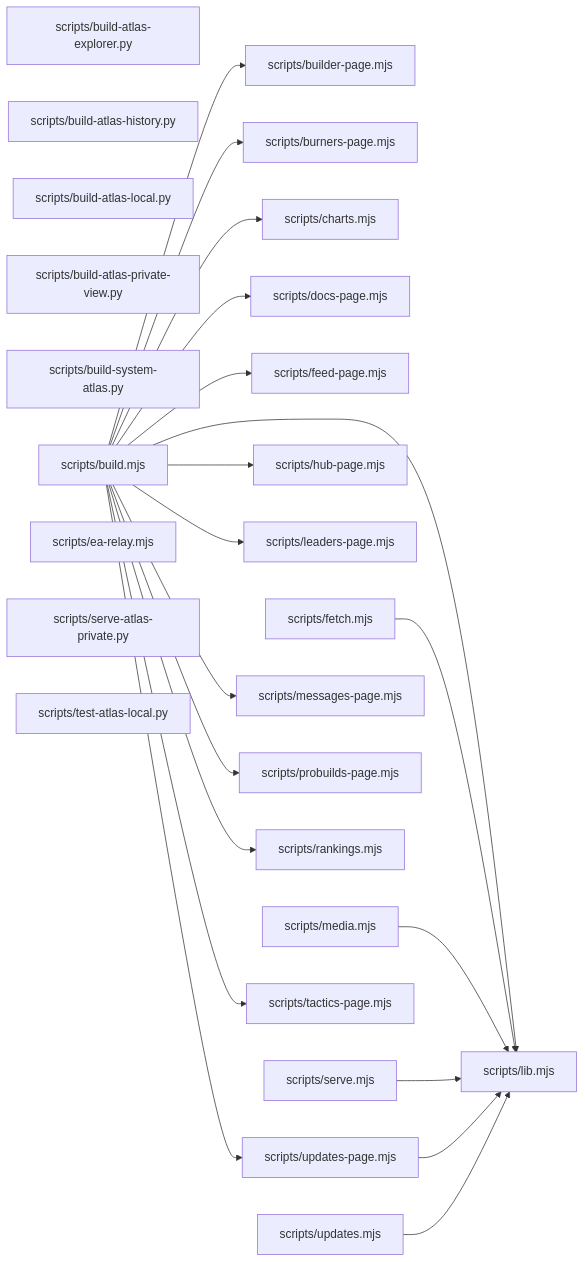
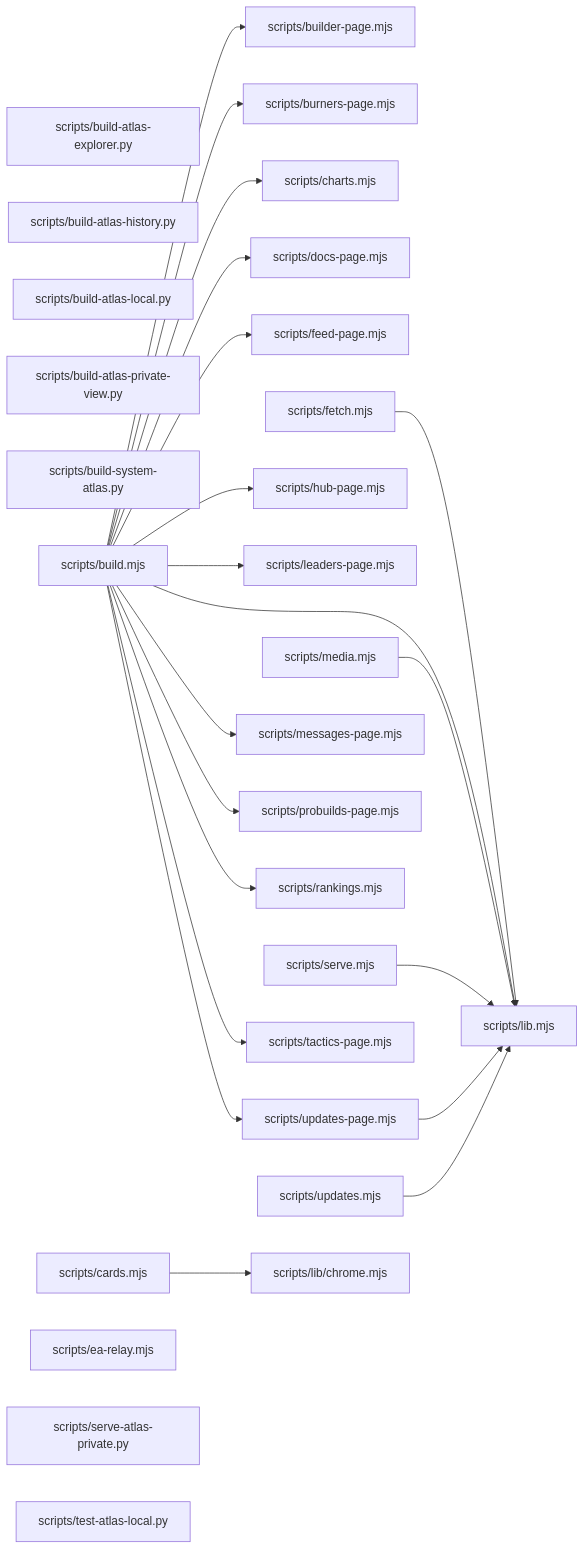
One commit to devroadtosucces15-boop/Norex-United-FC changed the diagram in PLANNING/system-atlas/layer-scripts.md. Above: the diagram before and after it, drawn with Mermaid. The commit also changed 7 other files, not shown here.

````diff
--- a/PLANNING/system-atlas/layer-scripts.md
+++ b/PLANNING/system-atlas/layer-scripts.md
@@ -5,47 +5,50 @@
 ```mermaid
 flowchart LR
   n0["scripts/build-atlas-explorer.py"]
   n1["scripts/build-atlas-history.py"]
   n2["scripts/build-atlas-local.py"]
   n3["scripts/build-atlas-private-view.py"]
   n4["scripts/build-system-atlas.py"]
   n5["scripts/build.mjs"]
   n6["scripts/builder-page.mjs"]
   n7["scripts/burners-page.mjs"]
-  n8["scripts/charts.mjs"]
-  n9["scripts/docs-page.mjs"]
-  n10["scripts/ea-relay.mjs"]
-  n11["scripts/feed-page.mjs"]
-  n12["scripts/fetch.mjs"]
-  n13["scripts/hub-page.mjs"]
-  n14["scripts/leaders-page.mjs"]
-  n15["scripts/lib.mjs"]
-  n16["scripts/media.mjs"]
-  n17["scripts/messages-page.mjs"]
-  n18["scripts/probuilds-page.mjs"]
-  n19["scripts/rankings.mjs"]
-  n20["scripts/serve-atlas-private.py"]
-  n21["scripts/serve.mjs"]
-  n22["scripts/tactics-page.mjs"]
-  n23["scripts/test-atlas-local.py"]
-  n24["scripts/updates-page.mjs"]
-  n25["scripts/updates.mjs"]
+  n8["scripts/cards.mjs"]
+  n9["scripts/charts.mjs"]
+  n10["scripts/docs-page.mjs"]
+  n11["scripts/ea-relay.mjs"]
+  n12["scripts/feed-page.mjs"]
+  n13["scripts/fetch.mjs"]
+  n14["scripts/hub-page.mjs"]
+  n15["scripts/leaders-page.mjs"]
+  n16["scripts/lib.mjs"]
+  n17["scripts/lib/chrome.mjs"]
+  n18["scripts/media.mjs"]
+  n19["scripts/messages-page.mjs"]
+  n20["scripts/probuilds-page.mjs"]
+  n21["scripts/rankings.mjs"]
+  n22["scripts/serve-atlas-private.py"]
+  n23["scripts/serve.mjs"]
+  n24["scripts/tactics-page.mjs"]
+  n25["scripts/test-atlas-local.py"]
+  n26["scripts/updates-page.mjs"]
+  n27["scripts/updates.mjs"]
   n5 --> n6
   n5 --> n7
-  n5 --> n8
   n5 --> n9
-  n5 --> n11
-  n5 --> n13
+  n5 --> n10
+  n5 --> n12
   n5 --> n14
   n5 --> n15
-  n5 --> n17
-  n5 --> n18
+  n5 --> n16
   n5 --> n19
-  n5 --> n22
+  n5 --> n20
+  n5 --> n21
   n5 --> n24
-  n12 --> n15
-  n16 --> n15
-  n21 --> n15
-  n24 --> n15
-  n25 --> n15
+  n5 --> n26
+  n8 --> n17
+  n13 --> n16
+  n18 --> n16
+  n23 --> n16
+  n26 --> n16
+  n27 --> n16
 ```
````
